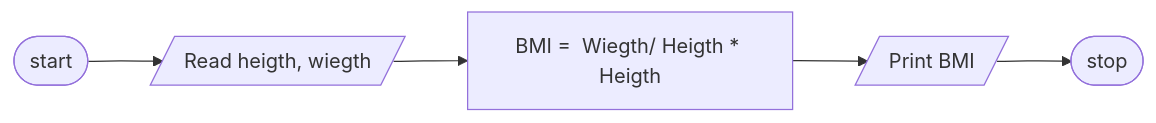
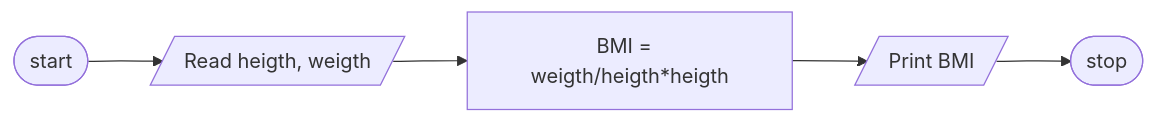
Before and after one commit to SWEG-2015EC-Batch/Wired: the diagram in ETS1026_15_Nardos_Bisrat/BMI.md, drawn with Mermaid.

````diff
--- a/ETS1026_15_Nardos_Bisrat/BMI.md
+++ b/ETS1026_15_Nardos_Bisrat/BMI.md
@@ -25,12 +25,12 @@
 ```mermaid
 flowchart LR;
 id1([start])
-id2[/Read heigth, wiegth/]
-id3[BMI =  Wiegth/ Heigth * Heigth]
+id2[/Read heigth, weigth/]
+id3[BMI =  weigth/heigth*heigth]
 id4[/Print BMI/]
 id5([stop])
 id1--> id2
 id2--> id3
 id3--> id4
 id4--> id5
 ```
````
